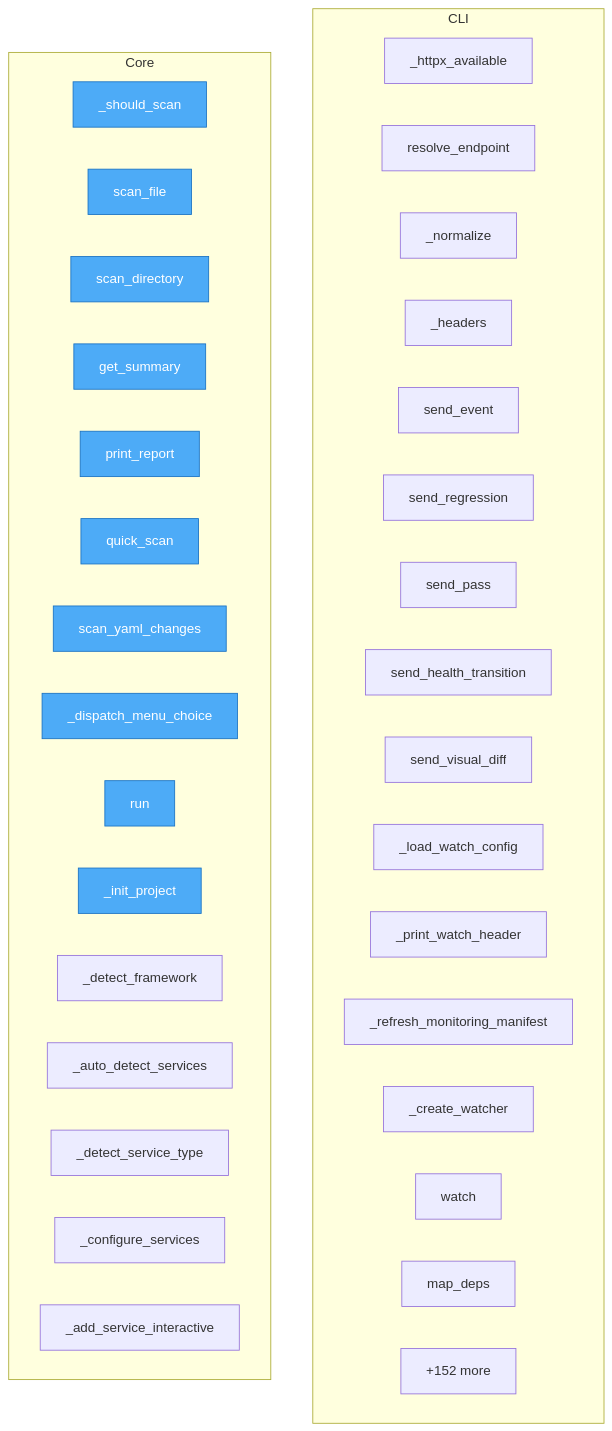
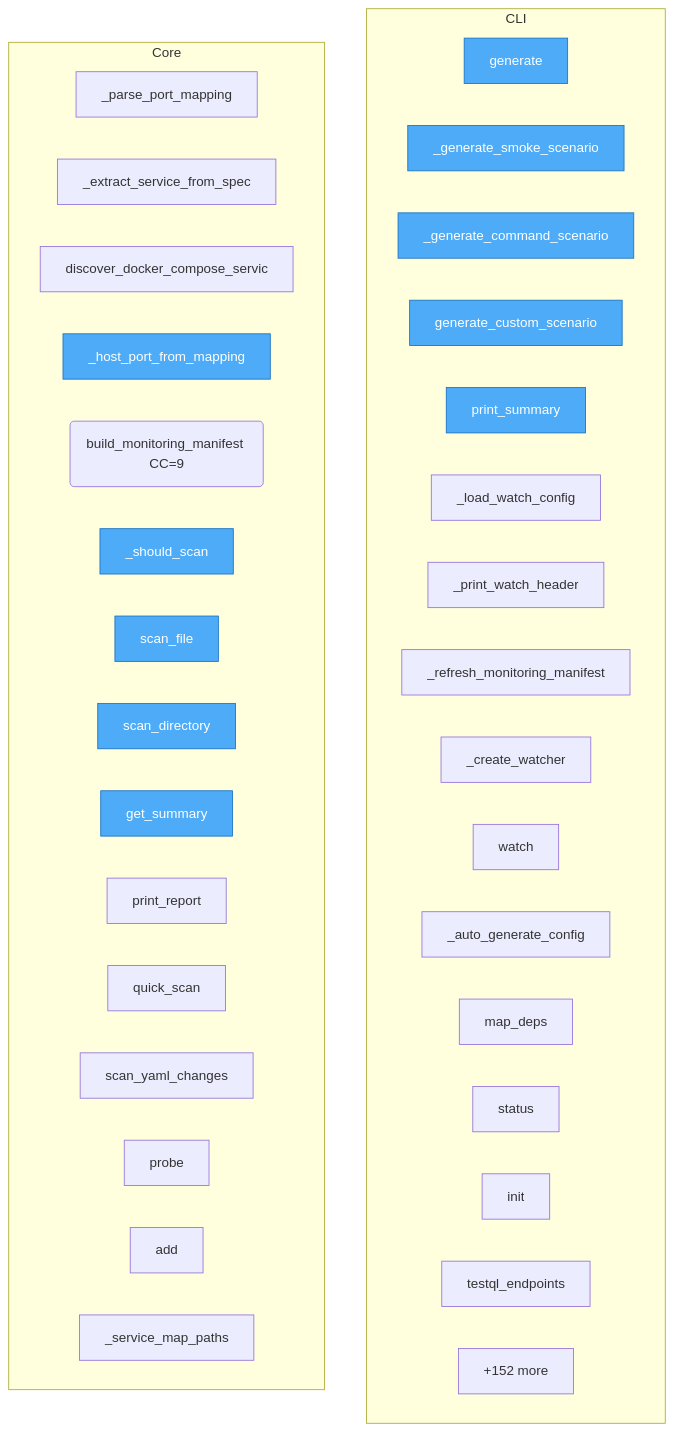
One commit to semcod/wup changed the diagram in project/flow.mmd. Above: the diagram before and after it, drawn with Mermaid. The commit also changed 71 other files, not shown here.

```diff
--- a/project/flow.mmd
+++ b/project/flow.mmd
@@ -1,45 +1,45 @@
 flowchart TD
 %% generated in 0.01s
 
     %% Entry points (blue)
     classDef entry fill:#4dabf7,stroke:#1971c2,color:#fff
 
     subgraph CLI
-        wup__web_client___httpx_available["_httpx_available"]
-        wup__web_client__resolve_endpoint["resolve_endpoint"]
-        wup__web_client___normalize["_normalize"]
-        wup__web_client__WebClient___headers["_headers"]
-        wup__web_client__WebClient__send_event["send_event"]
-        wup__web_client__WebClient__send_regression["send_regression"]
-        wup__web_client__WebClient__send_pass["send_pass"]
-        wup__web_client__WebClient__send_health_transition["send_health_transition"]
-        wup__web_client__WebClient__send_visual_diff["send_visual_diff"]
+        wup__testql_cli_generator__TestQLCLIGenerator__generate["generate"]
+        wup__testql_cli_generator__TestQLCLIGenerator___generate_smoke_scenario["_generate_smoke_scenario"]
+        wup__testql_cli_generator__TestQLCLIGenerator___generate_command_scenario["_generate_command_scenario"]
+        wup__testql_cli_generator__TestQLCLIGenerator__generate_custom_scenario["generate_custom_scenario"]
+        wup__testql_cli_generator__TestQLCLIGenerator__print_summary["print_summary"]
         wup__cli___load_watch_config["_load_watch_config"]
         wup__cli___print_watch_header["_print_watch_header"]
         wup__cli___refresh_monitoring_manifest["_refresh_monitoring_manifest"]
         wup__cli___create_watcher["_create_watcher"]
         wup__cli__watch["watch"]
+        wup__cli___auto_generate_config["_auto_generate_config"]
         wup__cli__map_deps["map_deps"]
-        ...["+6 more"]
+        wup__cli__status["status"]
+        wup__cli__init["init"]
+        wup__cli__testql_endpoints["testql_endpoints"]
+        ...["+29 more"]
     end
 
     subgraph Core
+        wup__monitoring_manifest___parse_port_mapping["_parse_port_mapping"]
+        wup__monitoring_manifest___extract_service_from_spec["_extract_service_from_spec"]
+        wup__monitoring_manifest__discover_docker_compose_services["discover_docker_compose_servic"]
+        wup__monitoring_manifest___host_port_from_mapping["_host_port_from_mapping"]
+        wup__monitoring_manifest__build_monitoring_manifest("build_monitoring_manifest CC=9")
         wup__anomaly_detector__AnomalyDetector___should_scan["_should_scan"]
         wup__anomaly_detector__AnomalyDetector__scan_file["scan_file"]
         wup__anomaly_detector__AnomalyDetector__scan_directory["scan_directory"]
         wup__anomaly_detector__AnomalyDetector__get_summary["get_summary"]
         wup__anomaly_detector__AnomalyDetector__print_report["print_report"]
         wup__anomaly_detector__quick_scan["quick_scan"]
         wup__anomaly_detector__scan_yaml_changes["scan_yaml_changes"]
-        wup__assistant__WupAssistant___dispatch_menu_choice["_dispatch_menu_choice"]
-        wup__assistant__WupAssistant__run["run"]
-        wup__assistant__WupAssistant___init_project["_init_project"]
-        wup__assistant__WupAssistant___detect_framework["_detect_framework"]
-        wup__assistant__WupAssistant___auto_detect_services["_auto_detect_services"]
-        wup__assistant__WupAssistant___detect_service_type["_detect_service_type"]
-        wup__assistant__WupAssistant___configure_services["_configure_services"]
-        wup__assistant__WupAssistant___add_service_interactive["_add_service_interactive"]
+        wup__testql_monitor__ProbeTarget__probe["probe"]
+        wup__testql_monitor___ProbeAccumulator__add["add"]
+        wup__testql_monitor__TestQLMonitor___service_map_paths["_service_map_paths"]
         ...["+152 more"]
     end
 
-    class wup__anomaly_detector__AnomalyDetector___should_scan,wup__anomaly_detector__AnomalyDetector__scan_file,wup__anomaly_detector__AnomalyDetector__scan_directory,wup__anomaly_detector__AnomalyDetector__get_summary,wup__anomaly_detector__AnomalyDetector__print_report,wup__anomaly_detector__quick_scan,wup__anomaly_detector__scan_yaml_changes,wup__assistant__WupAssistant___dispatch_menu_choice,wup__assistant__WupAssistant__run,wup__assistant__WupAssistant___init_project entry
+    class wup__testql_cli_generator__TestQLCLIGenerator__generate,wup__testql_cli_generator__TestQLCLIGenerator___generate_smoke_scenario,wup__testql_cli_generator__TestQLCLIGenerator___generate_command_scenario,wup__testql_cli_generator__TestQLCLIGenerator__generate_custom_scenario,wup__testql_cli_generator__TestQLCLIGenerator__print_summary,wup__monitoring_manifest___host_port_from_mapping,wup__anomaly_detector__AnomalyDetector___should_scan,wup__anomaly_detector__AnomalyDetector__scan_file,wup__anomaly_detector__AnomalyDetector__scan_directory,wup__anomaly_detector__AnomalyDetector__get_summary entry
```
